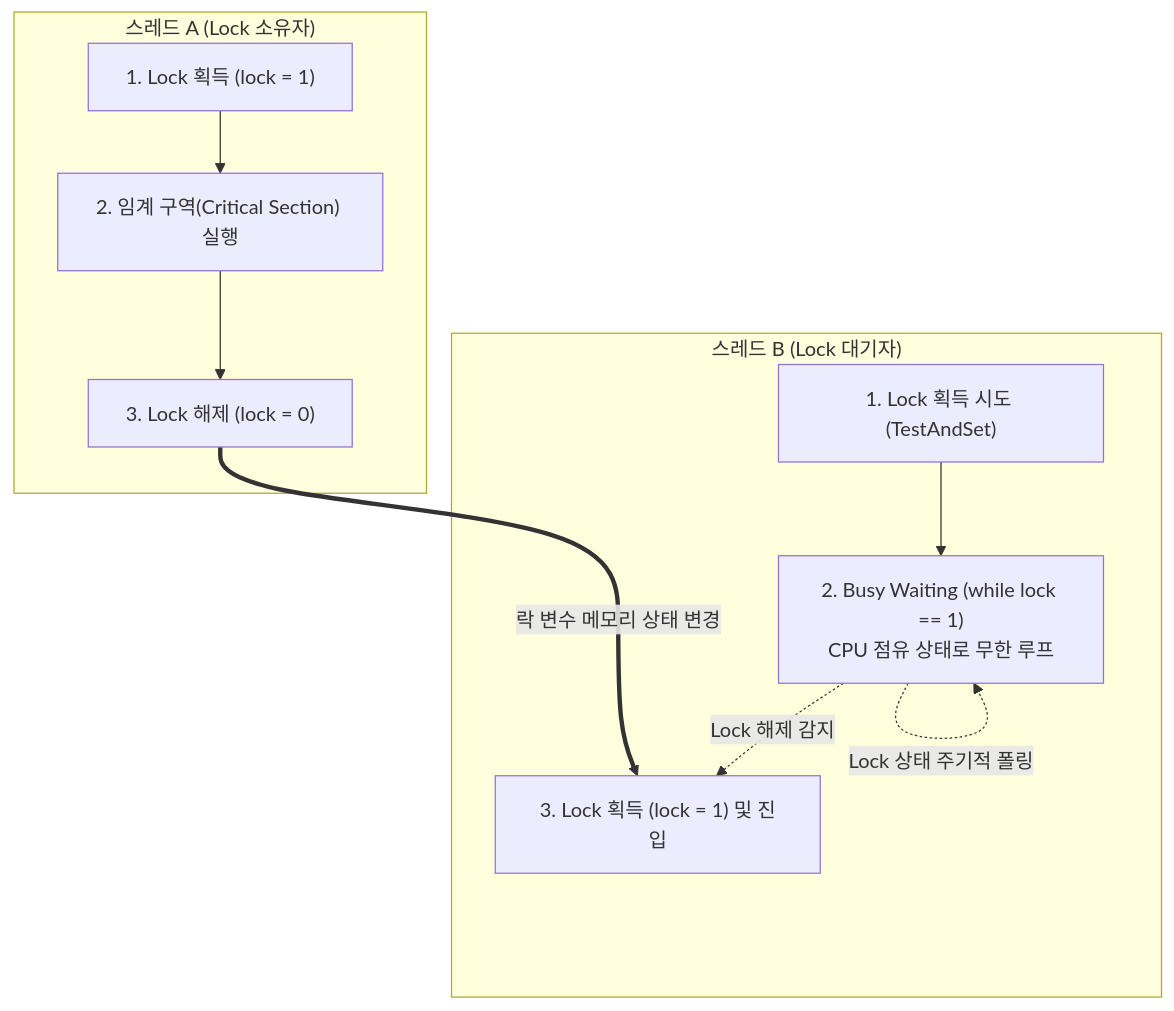
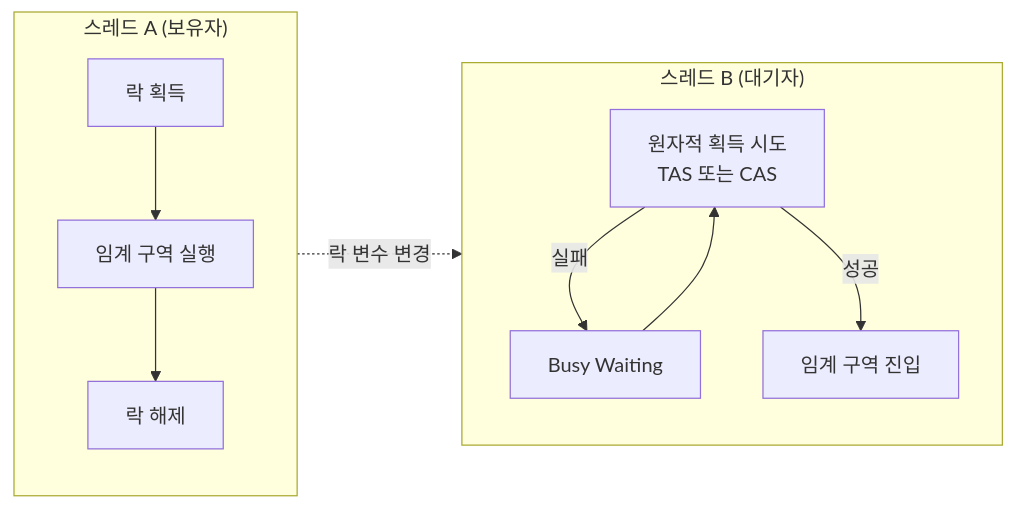
Before and after one commit to supremethumb/supremethumb.github.io: the diagram in content/01_IT Tech/스핀락.md, drawn with Mermaid. The commit also changed other lines of this file and 1087 other files, not shown here.

````diff
--- a/content/01_IT Tech/스핀락.md
+++ b/content/01_IT Tech/스핀락.md
@@ -29,23 +35,14 @@
 ```mermaid
-flowchart TB
-    subgraph Thread_A ["스레드 A (Lock 소유자)"]
-        A_Acquire["1. Lock 획득 (lock = 1)"]
-        A_CS["2. 임계 구역(Critical Section) 실행"]
-        A_Release["3. Lock 해제 (lock = 0)"]
-        
-        A_Acquire --> A_CS --> A_Release
+flowchart LR
+    subgraph A["스레드 A (보유자)"]
+        direction TB
+        A1["락 획득"] --> A2["임계 구역 실행"] --> A3["락 해제"]
     end
-
-    subgraph Thread_B ["스레드 B (Lock 대기자)"]
-        B_Try["1. Lock 획득 시도 (TestAndSet)"]
-        B_Spin["2. Busy Waiting (while lock == 1)<br/>CPU 점유 상태로 무한 루프"]
-        B_Acquire["3. Lock 획득 (lock = 1) 및 진입"]
-        
-        B_Try --> B_Spin
-        B_Spin -. "Lock 상태 주기적 폴링" .-> B_Spin
-        B_Spin -. "Lock 해제 감지" .-> B_Acquire
+    subgraph B["스레드 B (대기자)"]
+        direction TB
+        B1["원자적 획득 시도<br/>TAS 또는 CAS"] -->|"실패"| B2["Busy Waiting"]
+        B2 --> B1
+        B1 -->|"성공"| B3["임계 구역 진입"]
     end
-
-    A_Release == "락 변수 메모리 상태 변경" ===> B_Acquire
-
+    A3 -.->|"락 변수 변경"| B1
 ```
````
